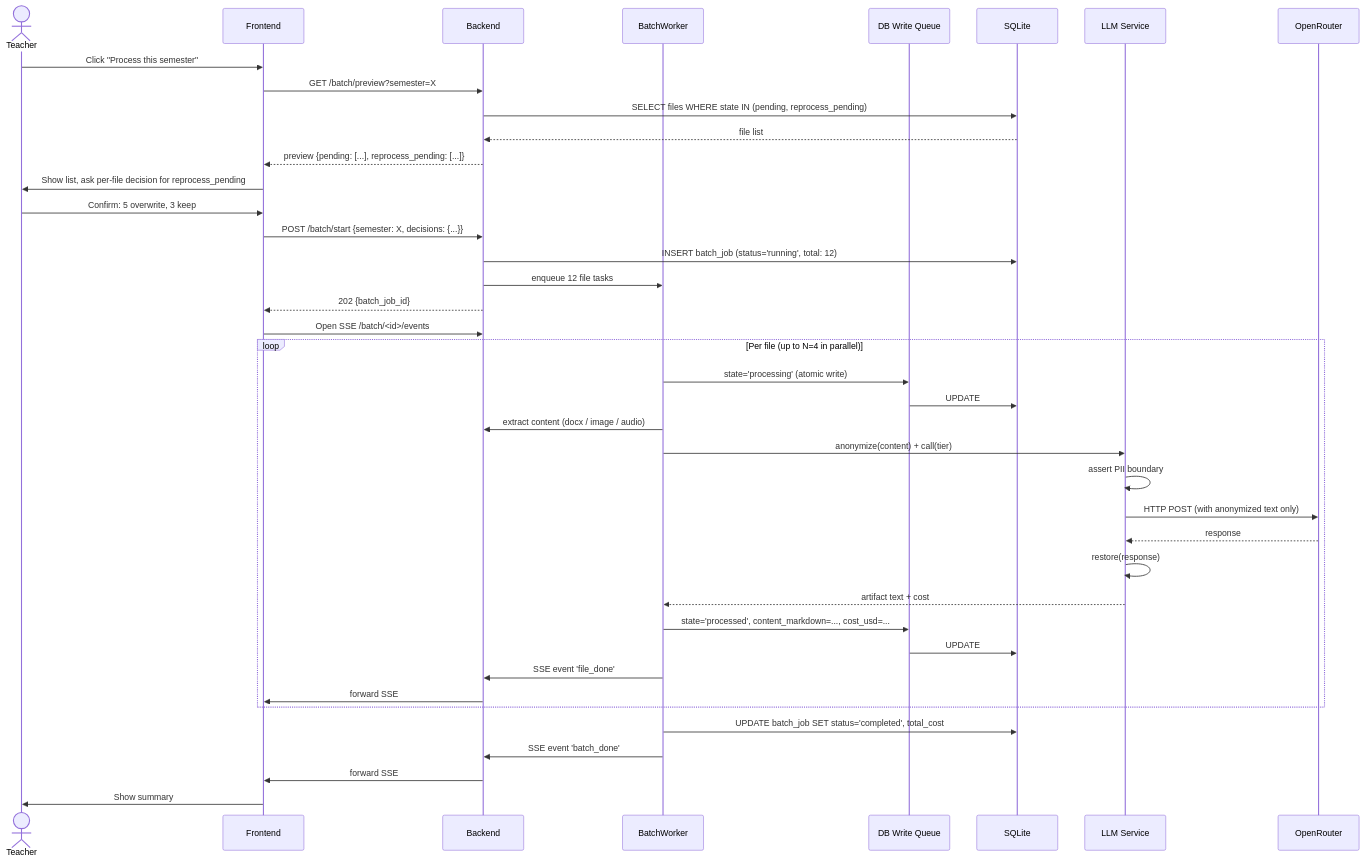
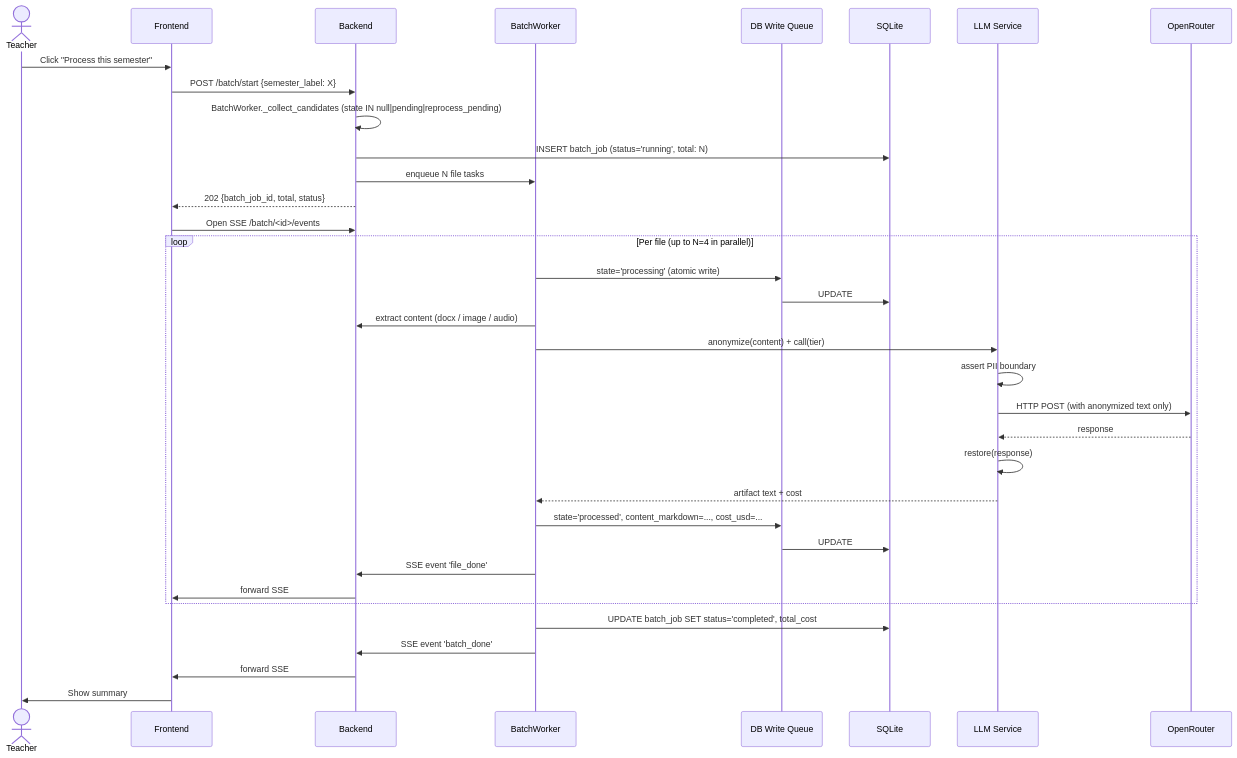
Before and after one commit to galaxyh/teacher-comments: the second of 7 diagrams in docs/ARCH-001-architecture.md, drawn with Mermaid. The commit also changed other lines of this file and 6 other files, not shown here.

````diff
--- a/docs/ARCH-001-architecture.md
+++ b/docs/ARCH-001-architecture.md
@@ -325,43 +327,38 @@
 ```mermaid
 sequenceDiagram
     actor T as Teacher
     participant FE as Frontend
     participant BE as Backend
     participant W as BatchWorker
     participant Q as DB Write Queue
     participant DB as SQLite
     participant LLM as LLM Service
     participant OR as OpenRouter
 
     T->>FE: Click "Process this semester"
-    FE->>BE: GET /batch/preview?semester=X
-    BE->>DB: SELECT files WHERE state IN (pending, reprocess_pending)
-    DB-->>BE: file list
-    BE-->>FE: preview {pending: [...], reprocess_pending: [...]}
-    FE->>T: Show list, ask per-file decision for reprocess_pending
-    T->>FE: Confirm: 5 overwrite, 3 keep
-    FE->>BE: POST /batch/start {semester: X, decisions: {...}}
-    BE->>DB: INSERT batch_job (status='running', total: 12)
-    BE->>W: enqueue 12 file tasks
-    BE-->>FE: 202 {batch_job_id}
+    FE->>BE: POST /batch/start {semester_label: X}
+    BE->>BE: BatchWorker._collect_candidates (state IN null|pending|reprocess_pending)
+    BE->>DB: INSERT batch_job (status='running', total: N)
+    BE->>W: enqueue N file tasks
+    BE-->>FE: 202 {batch_job_id, total, status}
     FE->>BE: Open SSE /batch/<id>/events
     loop Per file (up to N=4 in parallel)
         W->>Q: state='processing' (atomic write)
         Q->>DB: UPDATE
         W->>BE: extract content (docx / image / audio)
         W->>LLM: anonymize(content) + call(tier)
         LLM->>LLM: assert PII boundary
         LLM->>OR: HTTP POST (with anonymized text only)
         OR-->>LLM: response
         LLM->>LLM: restore(response)
         LLM-->>W: artifact text + cost
         W->>Q: state='processed', content_markdown=..., cost_usd=...
         Q->>DB: UPDATE
         W->>BE: SSE event 'file_done'
         BE->>FE: forward SSE
     end
     W->>DB: UPDATE batch_job SET status='completed', total_cost
     W->>BE: SSE event 'batch_done'
     BE->>FE: forward SSE
     FE->>T: Show summary
 ```
````
